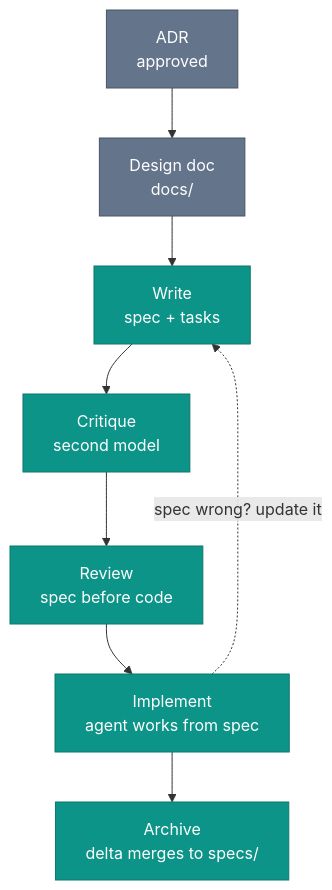
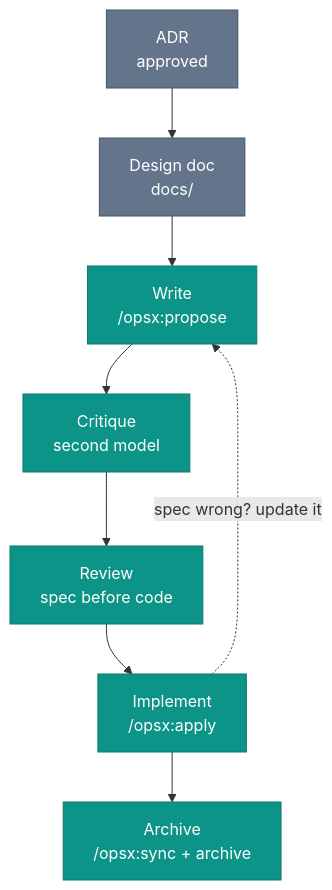
The diagram in content/spec-driven/spec-lifecycle.md (intent-engineering-for-coding-agents/book), drawn with Mermaid before and after one commit. The commit also changed other lines of this file, not shown here.

First line of the commit message:
Fix sourcing and trim redundancy in spec-lifecycle chapter

````diff
--- a/content/spec-driven/spec-lifecycle.md
+++ b/content/spec-driven/spec-lifecycle.md
@@ -13,15 +13,15 @@
 ```mermaid
 graph TD
     classDef pre fill:#64748b,stroke:#475569,color:#fff
     classDef stage fill:#0d9488,stroke:#0f766e,color:#fff
 
-    ADR[ADR<br/>approved]:::pre --> DD[Design doc<br/>docs/]:::pre
+    ADR[ADR<br/>approved]:::pre --> DD["Design doc<br/>docs/"]:::pre
     DD --> W
 
-    W[Write<br/>spec + tasks]:::stage --> C[Critique<br/>second model]:::stage
+    W["Write<br/>/opsx:propose"]:::stage --> C[Critique<br/>second model]:::stage
     C --> R[Review<br/>spec before code]:::stage
-    R --> I[Implement<br/>agent works from spec]:::stage
-    I --> A[Archive<br/>delta merges to specs/]:::stage
+    R --> I["Implement<br/>/opsx:apply"]:::stage
+    I --> A["Archive<br/>/opsx:sync + archive"]:::stage
 
     I -. spec wrong? update it .-> W
 ```
````
